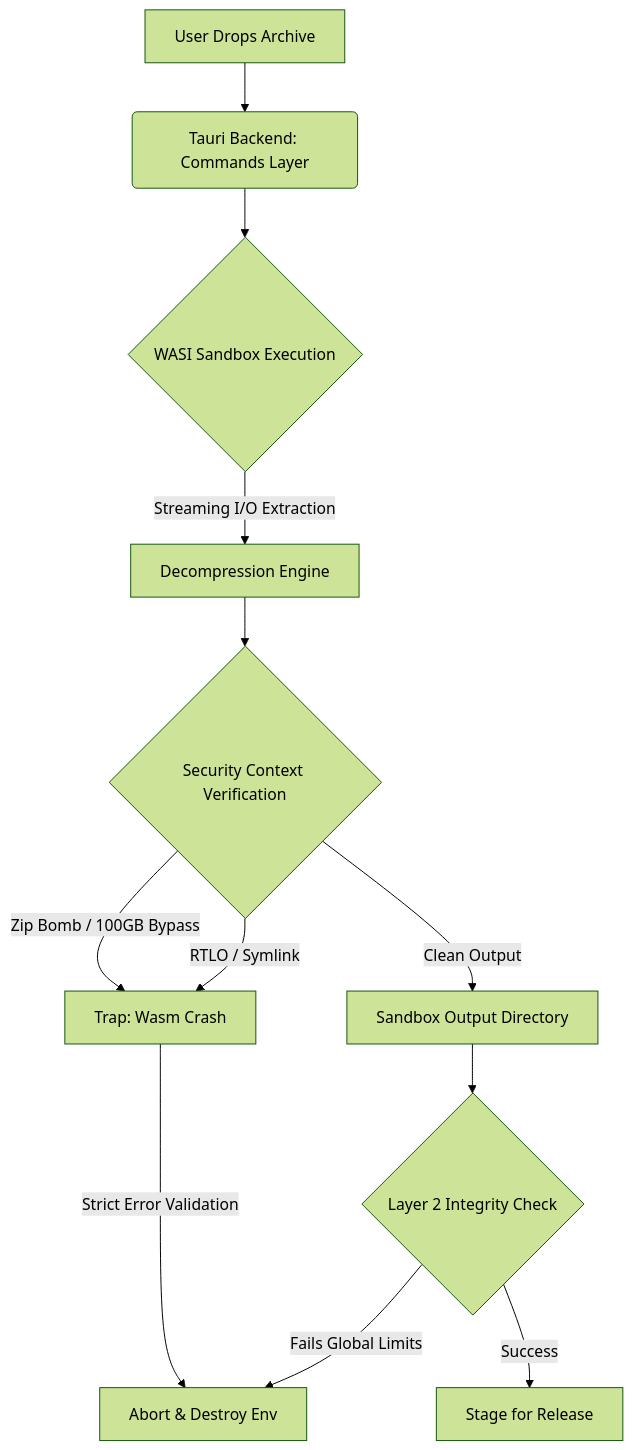
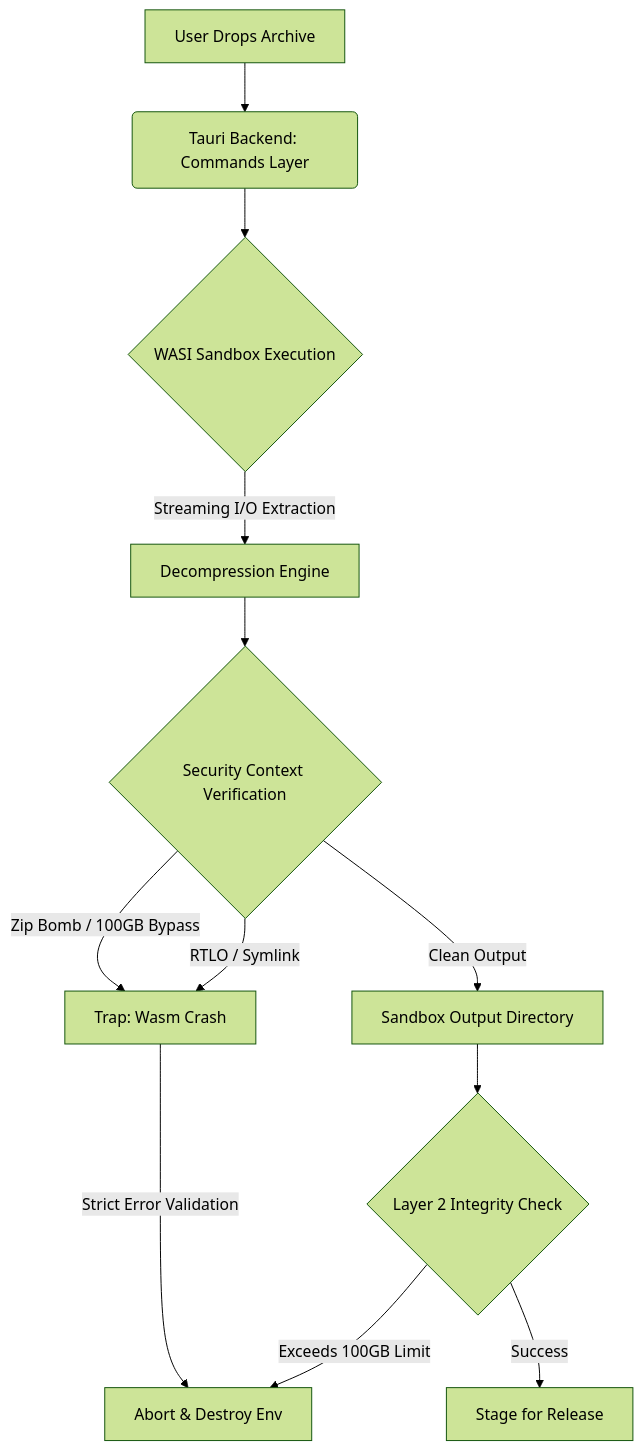
One commit to Cyber-Sec-Space/zdefuser changed the first of 2 diagrams in README.md. Above: the diagram before and after it, drawn with Mermaid (forest theme). The commit also changed other lines of this file and 1 other file, not shown here.

````diff
--- a/README.md
+++ b/README.md
@@ -32,18 +32,18 @@
 ```mermaid
 graph TD;
     A[User Drops Archive] --> B(Tauri Backend: Commands Layer);
     B --> C{WASI Sandbox Execution};
     
     C -->|Streaming I/O Extraction| D[Decompression Engine];
     D --> E{Security Context Verification};
     
     E -->|Zip Bomb / 100GB Bypass| F[Trap: Wasm Crash];
     E -->|RTLO / Symlink| F[Trap: Wasm Crash];
     E -->|Clean Output| G[Sandbox Output Directory];
     
     F -->|Strict Error Validation| H[Abort & Destroy Env];
     G --> I{Layer 2 Integrity Check};
     
-    I -->|Fails Global Limits| H;
+    I -->|Exceeds 100GB Limit| H;
     I -->|Success| J[Stage for Release];
 ```
````
